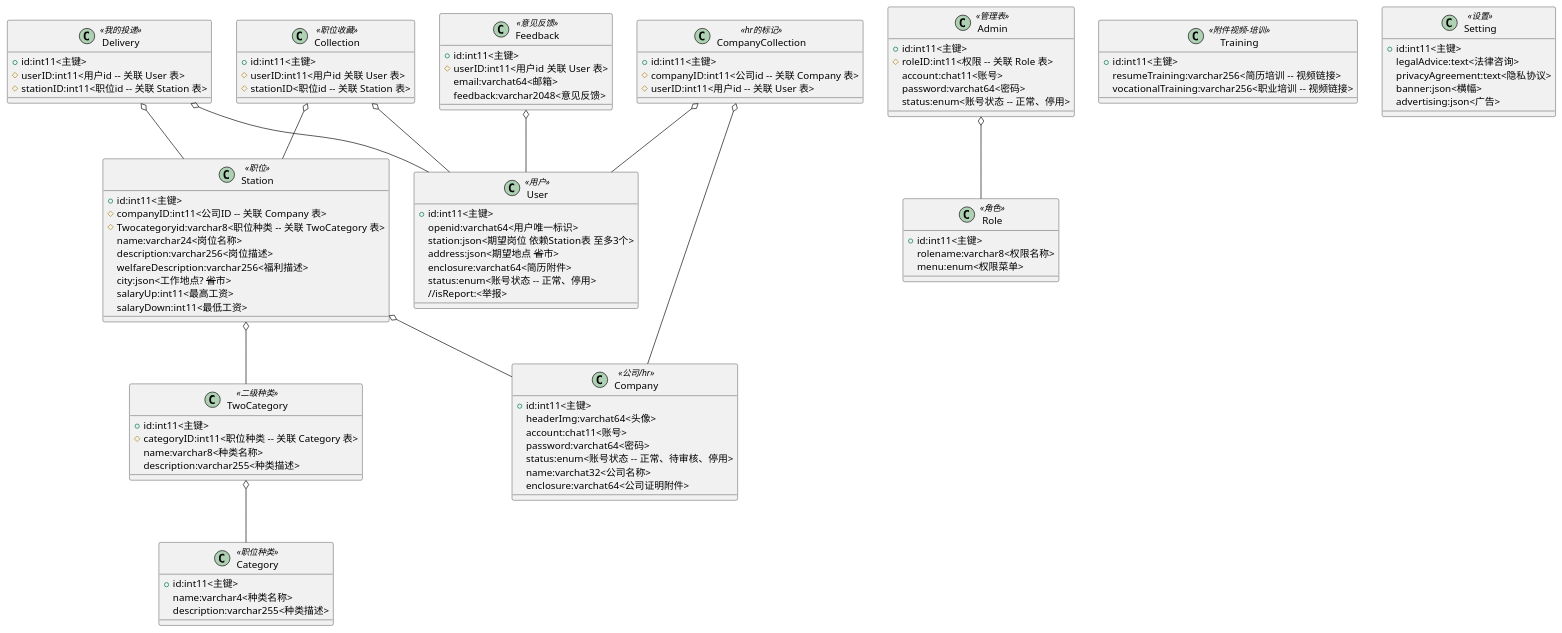
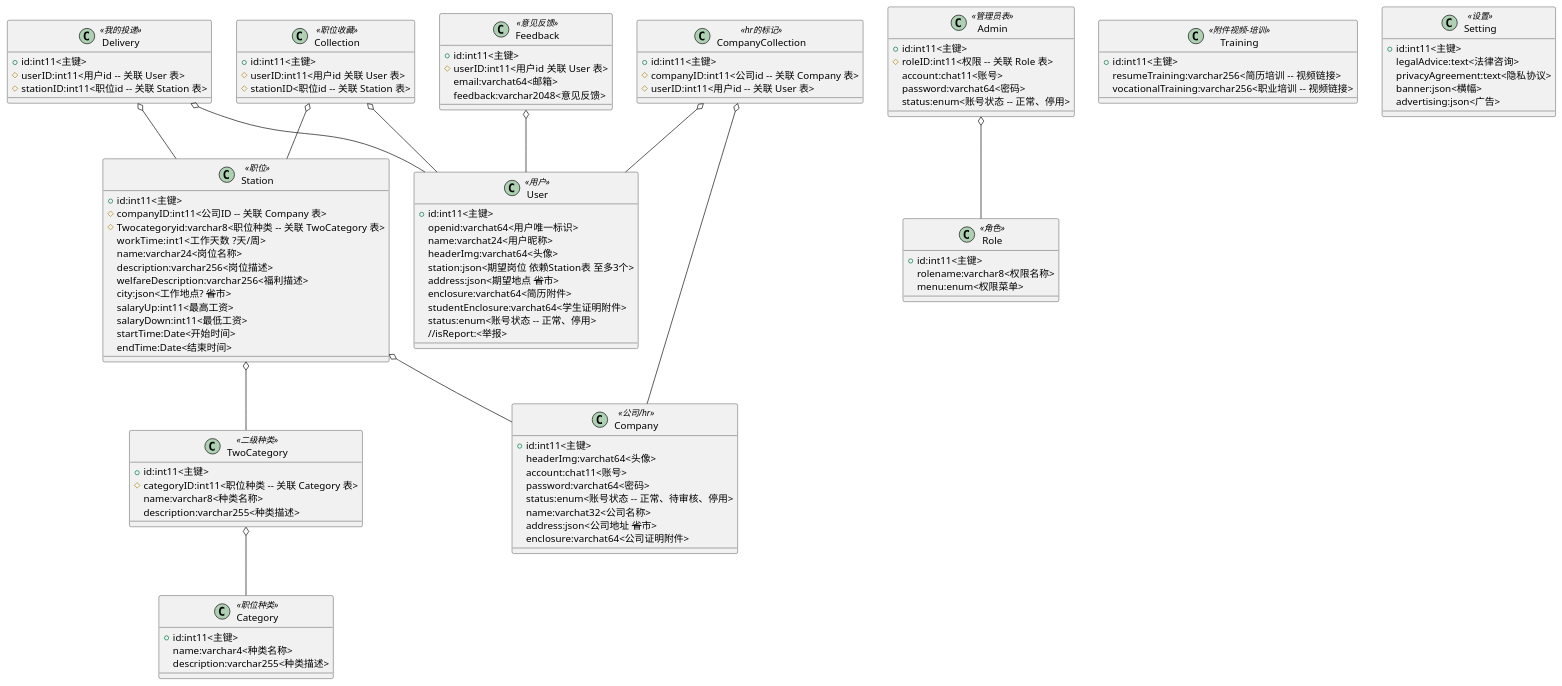
The diagram in server/src/main/resources/entity.puml (Lkk-Web/Kyinvite), drawn with PlantUML before and after one commit.

Commit message:
表修改

```diff
--- a/server/src/main/resources/entity.puml
+++ b/server/src/main/resources/entity.puml
@@ -1,113 +1,125 @@
 @startuml <Kying>
 
 class User<<用户>>{
    +id:int11<主键>
    openid:varchat64<用户唯一标识>
+   name:varchat24<用户昵称>
+   headerImg:varchat64<头像>
    station:json<期望岗位 依赖Station表 至多3个>
    address:json<期望地点 --省--市>
    enclosure:varchat64<简历附件>
+   studentEnclosure:varchat64<学生证明附件>
    status:enum<账号状态 -- 正常、停用>
    //isReport:<举报>
 }
+
+' class school<<学校表>>{
+'    +id:int11<主键>
+'    name:varchat24<用户昵称>
+' }
 
 class Company<<公司/hr>>{
    +id:int11<主键>
    headerImg:varchat64<头像>
    account:chat11<账号>
    password:varchat64<密码>
    status:enum<账号状态 -- 正常、待审核、停用>
    name:varchat32<公司名称>
+   address:json<公司地址 --省--市>
    enclosure:varchat64<公司证明附件>
 }
 
-class Admin<<管理表>>{
+class Admin<<管理员表>>{
    +id:int11<主键>
    #roleID:int11<权限 -- 关联 Role 表>
    account:chat11<账号>
    password:varchat64<密码>
    status:enum<账号状态 -- 正常、停用>
 }
 Admin o-- Role
 
 
 class Role<<角色>>{
    +id:int11<主键>
    rolename:varchar8<权限名称>
    menu:enum<权限菜单>
 }
 
 class Delivery<<我的投递>>{
    +id:int11<主键>
    #userID:int11<用户id -- 关联 User 表>
    #stationID:int11<职位id -- 关联 Station 表>
 }
 Delivery o-- User
 Delivery o-- Station
 
 class Station<<职位>>{
    +id:int11<主键>  
    #companyID:int11<公司ID -- 关联 Company 表>
    #Twocategoryid:varchar8<职位种类 -- 关联 TwoCategory 表>
+   workTime:int1<工作天数  ?天/周>
    name:varchar24<岗位名称>
    description:varchar256<岗位描述>
    welfareDescription:varchar256<福利描述>
    city:json<工作地点? --省--市>
    salaryUp:int11<最高工资>
    salaryDown:int11<最低工资>
+   startTime:Date<开始时间>
+   endTime:Date<结束时间>
 }
 Station o-- Company
 Station o-- TwoCategory
 
 class Category<<职位种类>>{
    +id:int11<主键>
    name:varchar4<种类名称>
    description:varchar255<种类描述> 
 }
 
 class TwoCategory<<二级种类>>{
    +id:int11<主键>
    #categoryID:int11<职位种类 -- 关联 Category 表>
    name:varchar8<种类名称>
    description:varchar255<种类描述>
 }
 TwoCategory o-- Category
 
 class Training<<附件视频-培训>>{
    +id:int11<主键>
    resumeTraining:varchar256<简历培训 -- 视频链接>
    vocationalTraining:varchar256<职业培训 -- 视频链接>
 }
 
 class Collection<<职位收藏>>{
    +id:int11<主键>
    #userID:int11<用户id 关联 User 表>
    #stationID<职位id -- 关联 Station 表>
 }
 Collection o-- User
 Collection o-- Station
 
 class CompanyCollection<<hr的标记>>{
    +id:int11<主键>
    #companyID:int11<公司id -- 关联 Company 表>
    #userID:int11<用户id -- 关联 User 表>
 }
 CompanyCollection o-- Company
 CompanyCollection o-- User
 
 class Feedback<<意见反馈>>{
    +id:int11<主键>
    #userID:int11<用户id 关联 User 表>
    email:varchat64<邮箱>
    feedback:varchar2048<意见反馈>
 }
 Feedback o-- User
 
 class Setting<<设置>>{
    +id:int11<主键>
    legalAdvice:text<法律咨询>
    privacyAgreement:text<隐私协议>
    banner:json<横幅>
    advertising:json<广告>
 }
 
 @enduml
```
